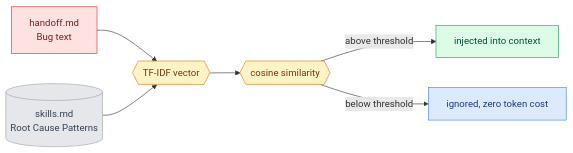
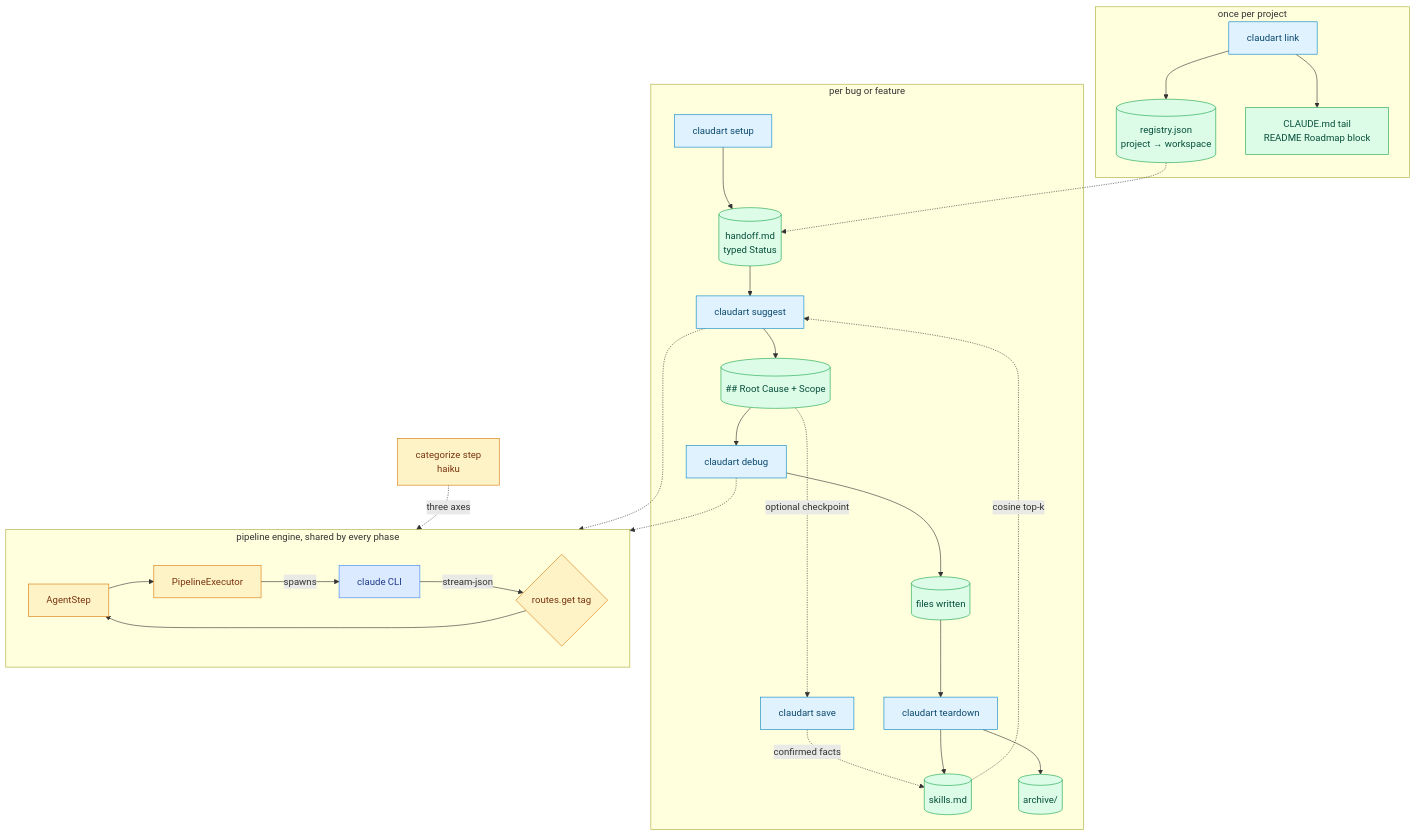
Before and after one commit to MakerPact/claudart: the sixth of 7 diagrams in README.md, drawn with Mermaid. The commit also changed other lines of this file, not shown here.

````diff
--- a/README.md
+++ b/README.md
@@ -465,13 +667,38 @@
 ```mermaid
-flowchart LR
-  Bug[handoff.md<br/>Bug text]:::raw --> V{{TF-IDF vector}}:::fn
-  Skills[(skills.md<br/>Root Cause Patterns)]:::store --> V
-  V --> Cos{{cosine similarity}}:::fn
-  Cos -->|above threshold| Inject[injected into context]:::abs
-  Cos -->|below threshold| Drop[ignored, zero token cost]:::out
-  classDef raw fill:#fee2e2,color:#7f1d1d,stroke:#dc2626
+flowchart TB
+  subgraph Setup["once per project"]
+    Link[claudart link]:::cmd --> Registry[(registry.json<br/>project → workspace)]:::state
+    Link --> Docs[CLAUDE.md tail<br/>README Roadmap block]:::state
+  end
+
+  subgraph Session["per bug or feature"]
+    S1[claudart setup]:::cmd --> H[(handoff.md<br/>typed Status)]:::state
+    H --> Suggest[claudart suggest]:::cmd
+    Suggest --> RC[(## Root Cause + Scope)]:::state
+    RC --> Debug[claudart debug]:::cmd
+    RC -.->|optional checkpoint| Save[claudart save]:::cmd
+    Save -.->|confirmed facts| Skills
+    Debug --> Disk[(files written)]:::state
+    Disk --> Teardown[claudart teardown]:::cmd
+    Teardown --> Skills[(skills.md)]:::state
+    Teardown --> Archive[(archive/)]:::state
+  end
+
+  subgraph Engine["pipeline engine, shared by every phase"]
+    Step[AgentStep]:::fn --> Exec[PipelineExecutor]:::fn
+    Exec -->|spawns| CLI[claude CLI]:::ext
+    CLI -->|stream-json| Route{routes.get tag}:::fn
+    Route --> Step
+  end
+
+  Registry -.-> H
+  Skills -.->|cosine top-k| Suggest
+  Cat[categorize step<br/>haiku]:::fn -.->|three axes| Engine
+  Suggest -.-> Engine
+  Debug -.-> Engine
+
+  classDef state fill:#dcfce7,color:#064e3b,stroke:#16a34a
+  classDef cmd fill:#e0f2fe,color:#0c4a6e,stroke:#0284c7
   classDef fn fill:#fef3c7,color:#78350f,stroke:#d97706
-  classDef store fill:#e5e7eb,color:#374151,stroke:#9ca3af
-  classDef abs fill:#dcfce7,color:#064e3b,stroke:#16a34a
-  classDef out fill:#dbeafe,color:#1e3a8a,stroke:#3b82f6
+  classDef ext fill:#dbeafe,color:#1e3a8a,stroke:#3b82f6
 ```
````
